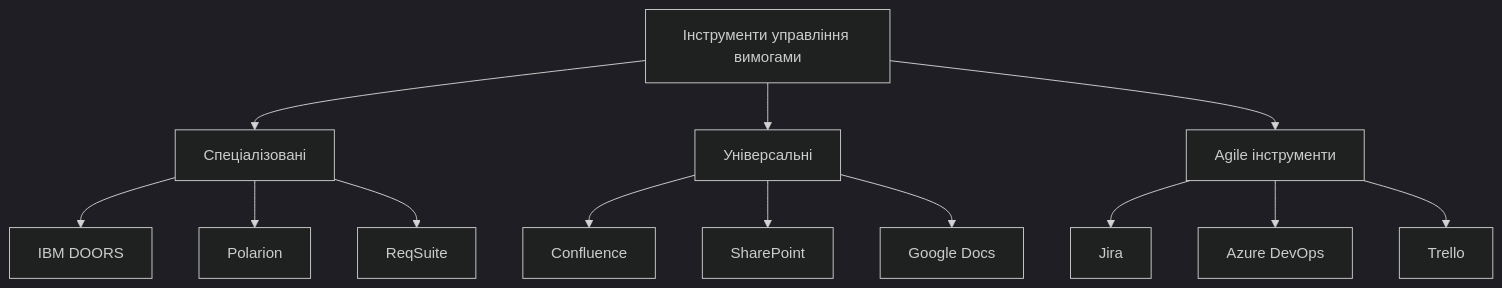
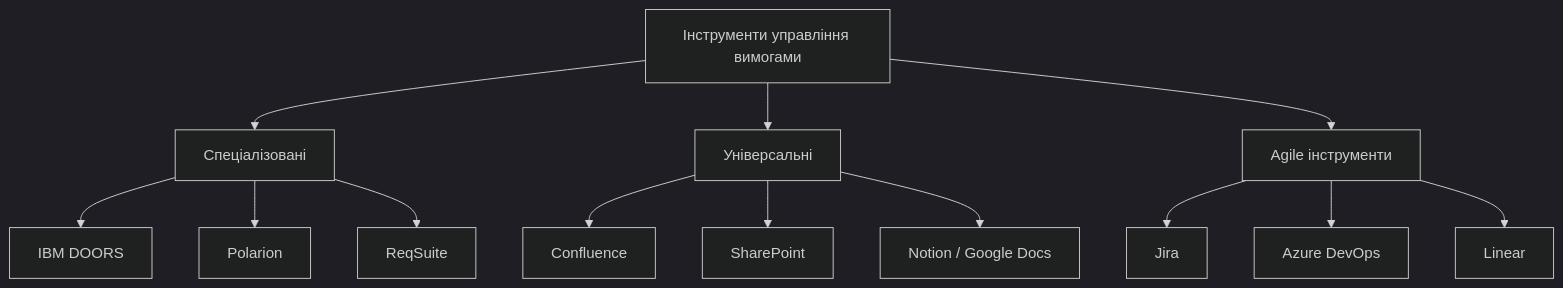
Before and after one commit to olroi421/course-opi-v2: the tenth of 13 diagrams in lectures/lecture-04.md, drawn with Mermaid (dark theme). The commit also changed other lines of this file and 6 other files, not shown here.

````diff
--- a/lectures/lecture-04.md
+++ b/lectures/lecture-04.md
@@ -413,18 +387,18 @@
 ```mermaid
 graph TD
     A[Інструменти управління вимогами] --> B[Спеціалізовані]
     A --> C[Універсальні]
     A --> D[Agile інструменти]
 
     B --> E[IBM DOORS]
     B --> F[Polarion]
     B --> G[ReqSuite]
 
     C --> H[Confluence]
     C --> I[SharePoint]
-    C --> J[Google Docs]
+    C --> J[Notion / Google Docs]
 
     D --> K[Jira]
     D --> L[Azure DevOps]
-    D --> M[Trello]
+    D --> M[Linear]
 ```
````
